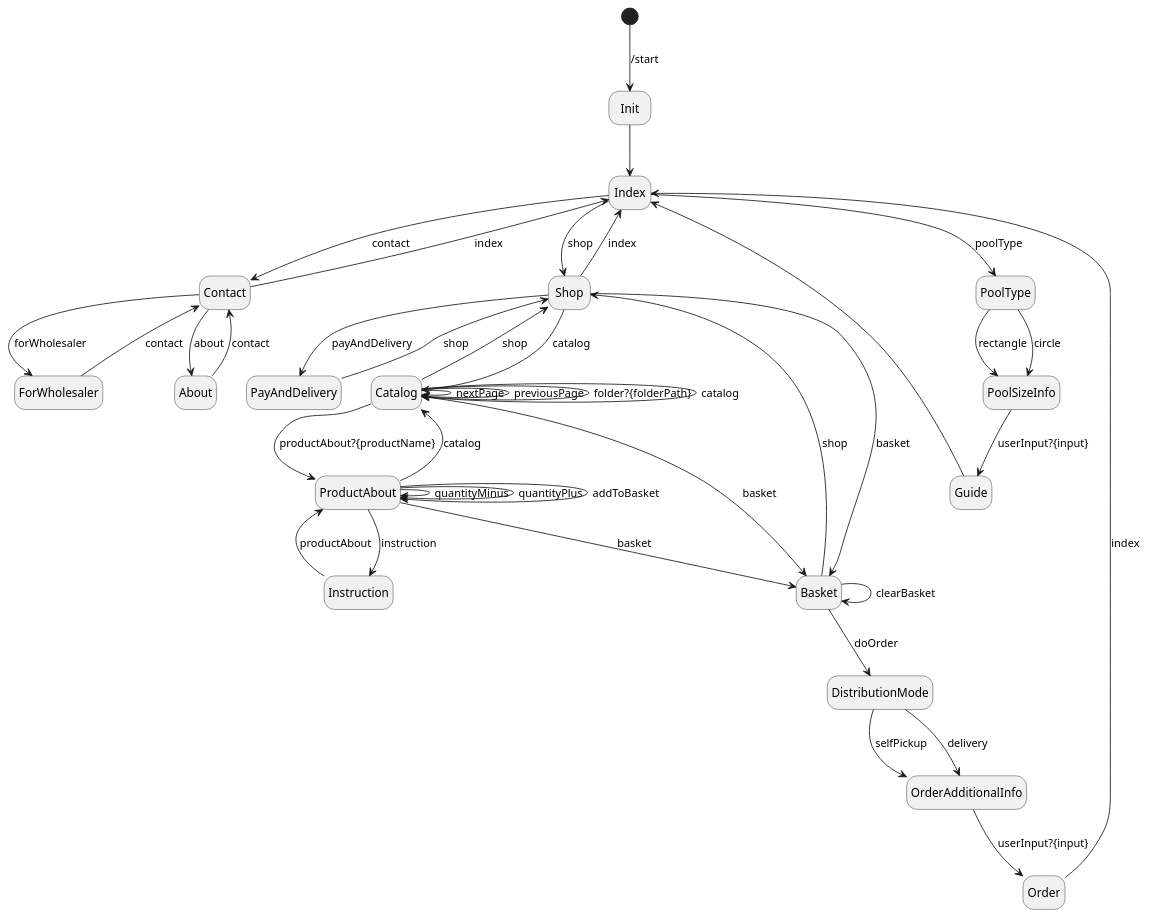
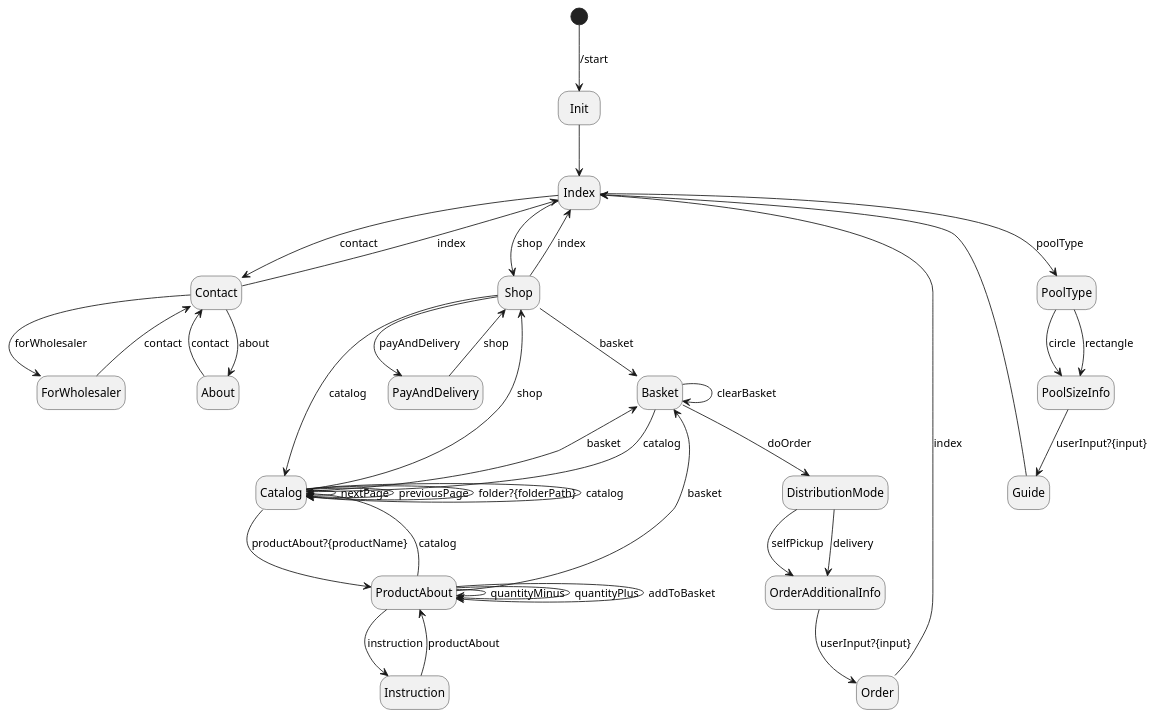
One commit to ViktorShchukin/shopbot changed the diagram in doc/botFsmDiagram.md. Above: the diagram before and after it, drawn with PlantUML. The commit also changed 12 other files, not shown here.

````diff
--- a/doc/botFsmDiagram.md
+++ b/doc/botFsmDiagram.md
@@ -2,79 +2,79 @@
 ```plantuml
 hide empty description
 
 state entrypoint <<start>>
 
 state About
 state Contact
 state Shop
 state Guide
 state Basket
 state Catalog
 state Index
 state Init
 state Order
 state ProductAbout
 state ForWholesaler
 state PayAndDelivery
 state Instruction
 state DistributionMode
 state OrderAdditionalInfo
     
 entrypoint --> Init : /start
 Init --> Index
 
 
 Index --> Contact : contact
 Index --> Shop : shop
 
 Index --> PoolType : poolType
 PoolType --> PoolSizeInfo : rectangle
 PoolType --> PoolSizeInfo : circle
 PoolSizeInfo --> Guide : userInput?{input}
 Guide --> Index
 
 Contact --> About : about
 Contact --> ForWholesaler : forWholesaler
 Contact --> Index : index
 
 ForWholesaler --> Contact : contact
 About --> Contact : contact
 
 Shop --> Catalog : catalog
 Shop --> PayAndDelivery : payAndDelivery
 Shop --> Basket : basket
 Shop --> Index : index
 
 PayAndDelivery --> Shop : shop
 
 Catalog --> Shop : shop
 Catalog --> ProductAbout : productAbout?{productName}
 Catalog --> Catalog : nextPage
 Catalog --> Catalog : previousPage
 '' get into the specific folder 
 Catalog --> Catalog : folder?{folderPath}
 '' go to the root of the catalog
 Catalog --> Catalog : catalog
 Catalog --> Basket : basket
 
 ProductAbout --> ProductAbout : quantityMinus
 ProductAbout --> ProductAbout : quantityPlus
 ProductAbout --> ProductAbout : addToBasket
 ProductAbout --> Basket : basket
 '' ProductAbout --> Shop : shop
 ProductAbout --> Catalog : catalog
 ProductAbout --> Instruction : instruction
 
 Instruction --> ProductAbout : productAbout
 
-Basket --> Shop : shop
+Basket --> Catalog : catalog
 Basket --> Basket : clearBasket
 Basket --> DistributionMode : doOrder
 
 DistributionMode --> OrderAdditionalInfo : delivery
 DistributionMode --> OrderAdditionalInfo : selfPickup
 
 OrderAdditionalInfo --> Order : userInput?{input}
 
 Order --> Index : index
 ```
````
